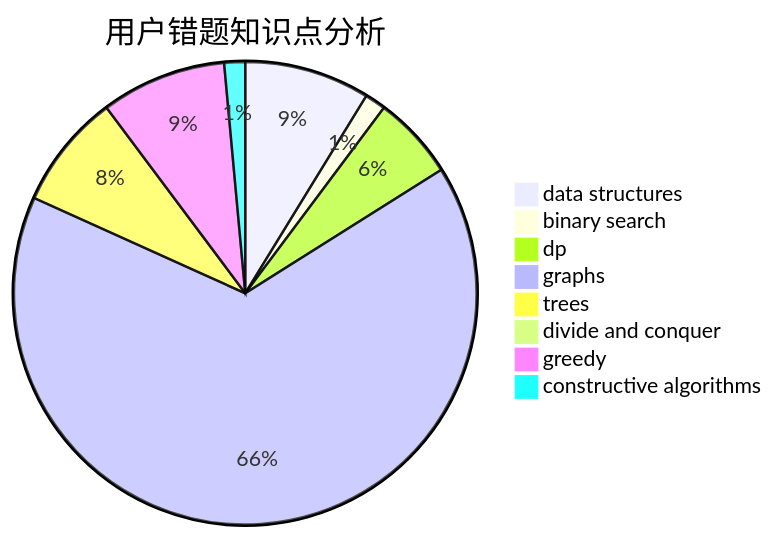
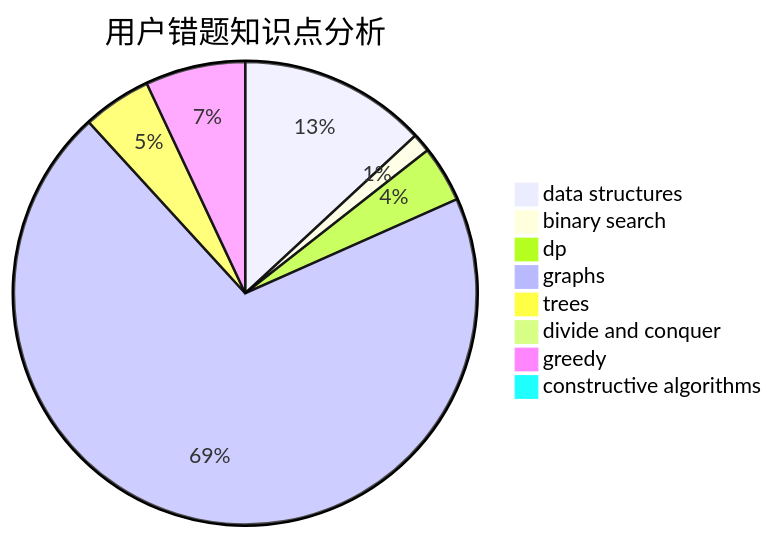
The third of 3 diagrams in docs/user/u976.md (sherpahu/cfrs.github.io), drawn with Mermaid before and after one commit. The commit also changed other lines of this file and 2770 other files, not shown here.

````diff
--- a/docs/user/u976.md
+++ b/docs/user/u976.md
@@ -36,11 +36,11 @@
 ```mermaid
 pie title 用户错题知识点分析
-    "data structures" :  12
-    "binary search" :  2
-    "dp" :  8
-    "graphs" :  90
+    "data structures" :  30
+    "binary search" :  3
+    "dp" :  9
+    "graphs" :  160
     "trees" :  11
     "divide and conquer" :  0
-    "greedy" :  12
+    "greedy" :  16
     "constructive algorithms" :  2
 ```
````
